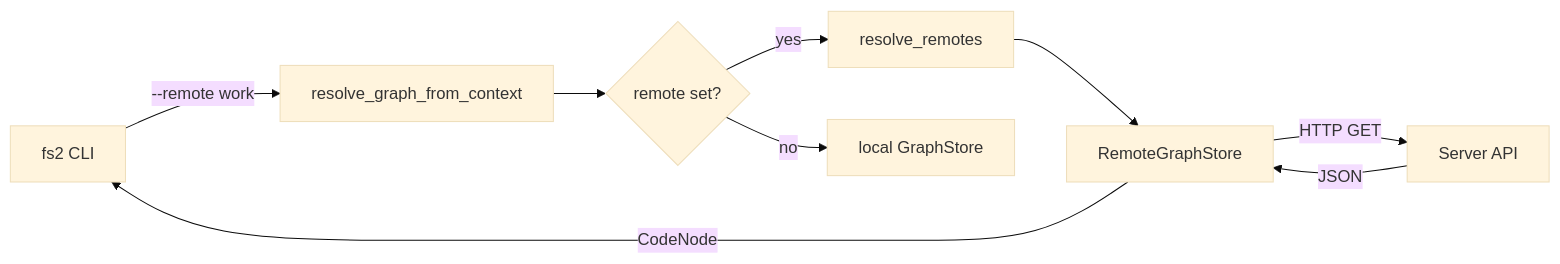
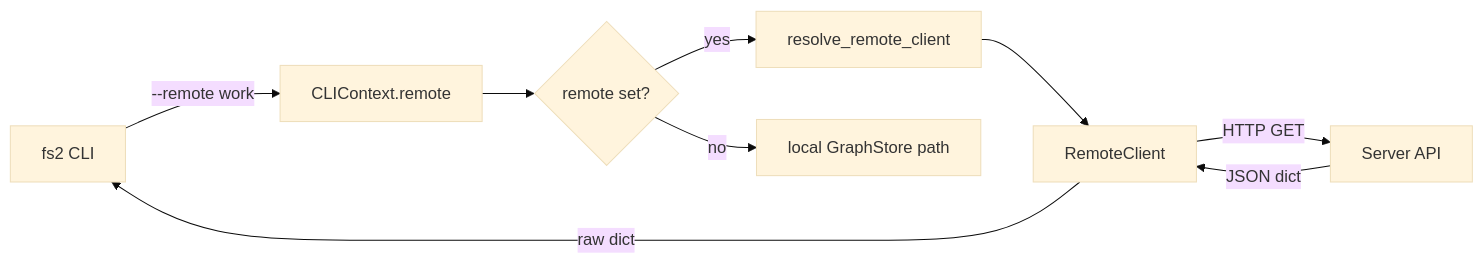
Before and after one commit to AI-Substrate/flow_squared: the second of 3 diagrams in docs/plans/028-server-mode/tasks/phase-5-remote-cli-mcp-bridge/tasks.md, drawn with Mermaid (base theme). The commit also changed other lines of this file and 11 other files, not shown here.

First line of the commit message:
Phase 5: Remote CLI + MCP Bridge — core implementation

````diff
--- a/docs/plans/028-server-mode/tasks/phase-5-remote-cli-mcp-bridge/tasks.md
+++ b/docs/plans/028-server-mode/tasks/phase-5-remote-cli-mcp-bridge/tasks.md
@@ -220,11 +216,11 @@
 ```mermaid
 flowchart LR
-    A[fs2 CLI] -->|--remote work| B[resolve_graph_from_context]
+    A[fs2 CLI] -->|--remote work| B[CLIContext.remote]
     B --> C{remote set?}
-    C -->|yes| D[resolve_remotes]
-    C -->|no| E[local GraphStore]
-    D --> F[RemoteGraphStore]
+    C -->|yes| D[resolve_remote_client]
+    C -->|no| E[local GraphStore path]
+    D --> F[RemoteClient]
     F -->|HTTP GET| G[Server API]
-    G -->|JSON| F
-    F -->|CodeNode| A
+    G -->|JSON dict| F
+    F -->|raw dict| A
 ```
````
